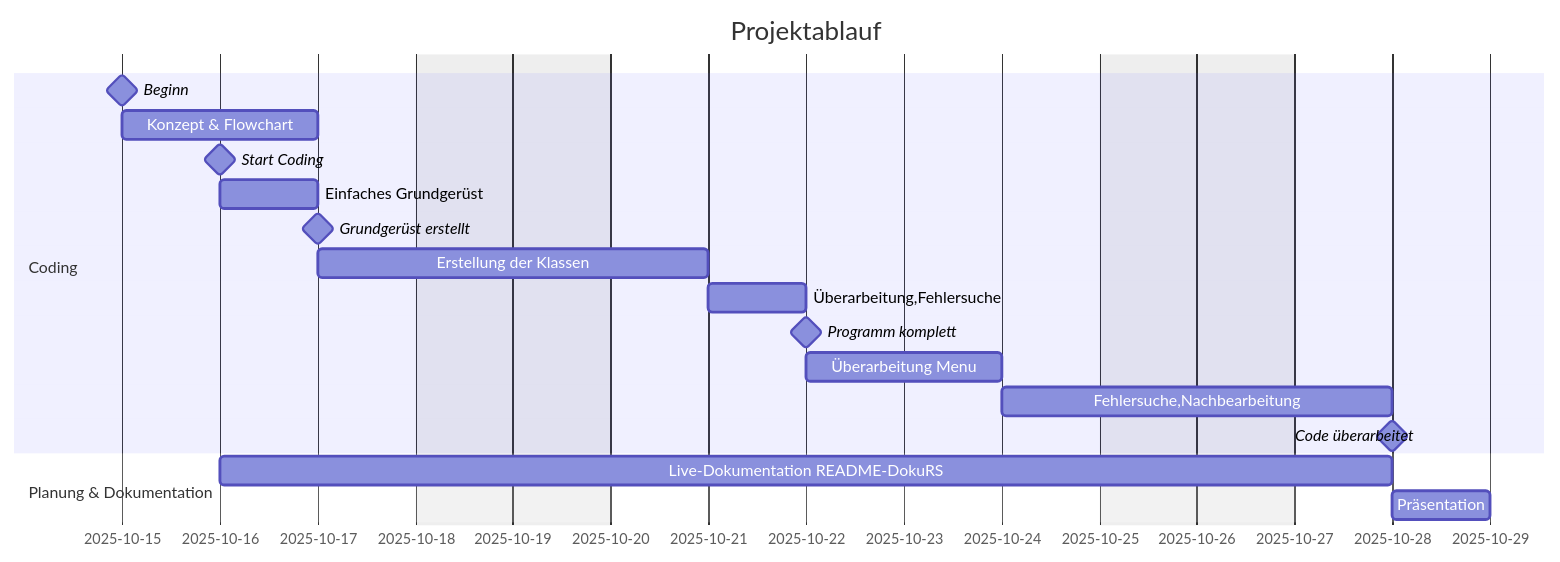
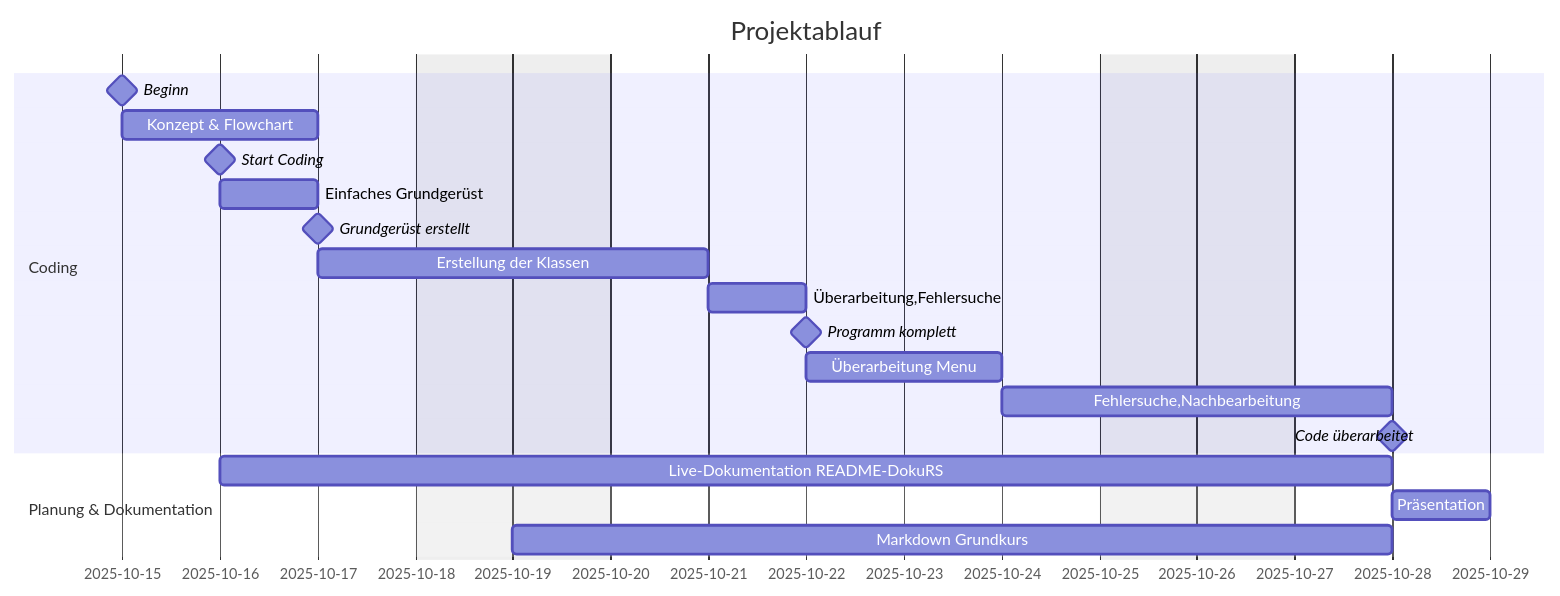
The second of 2 diagrams in README-DokuRS.md (possumdesign/Serverei), drawn with Mermaid before and after one commit.

Commit message:
Add Markdown course to documentation timeline

````diff
--- a/README-DokuRS.md
+++ b/README-DokuRS.md
@@ -239,21 +239,22 @@
 ```mermaid
 gantt
     title Projektablauf
     dateFormat YY-MM-DD
     excludes weekends
     section Coding
     Beginn: milestone, m1, 2025-10-15, 2m
     Konzept & Flowchart :a1, 2025-10-15, 2d
     Start Coding : milestone, m1, 2025-10-16, 2m
     Einfaches Grundgerüst :a2, 2025-10-16, 1d
     Grundgerüst erstellt : milestone, m1, 2025-10-17, 2m
     Erstellung der Klassen :after a1  , 2d
     Überarbeitung,Fehlersuche :a3, 2025-10-21 , 1d
     Programm komplett : milestone, m1, 2025-10-22, 2m
     Überarbeitung Menu:a4, after a3, 2d
     Fehlersuche,Nachbearbeitung: after a4, 2d
     Code überarbeitet : milestone, m1, 2025-10-28, 2m
     section Planung & Dokumentation
     Live-Dokumentation README-DokuRS :b1, 2025-10-16  , 8d
     Präsentation :after b1, 1d
+    Markdown Grundkurs: 2025-10-19, 7d
 ```
````
